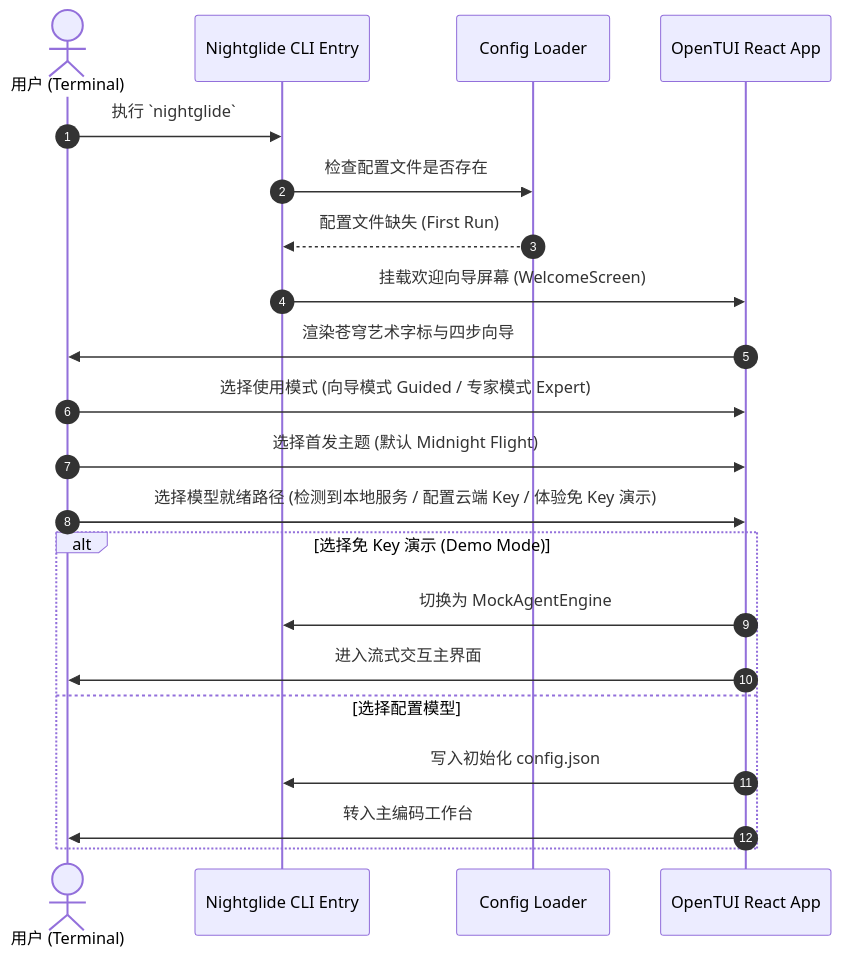
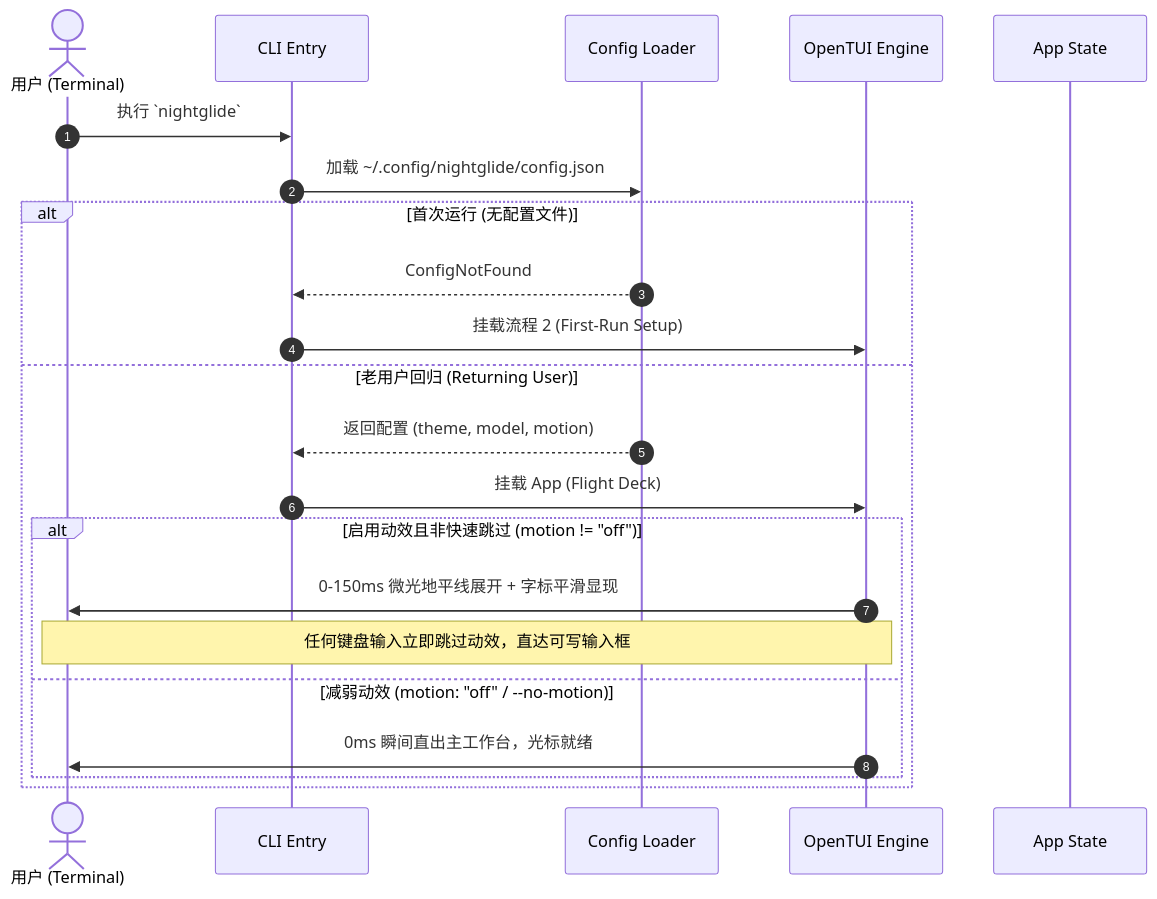
The first of 2 diagrams in docs/UX_FLOWS.md (Aoody743/nightglide-cli), drawn with Mermaid before and after one commit. The commit also changed other lines of this file and 6 other files, not shown here.

Commit message:
docs: establish Nightglide experience and motion design system

````diff
--- a/docs/UX_FLOWS.md
+++ b/docs/UX_FLOWS.md
@@ -32,24 +33,25 @@
 ```mermaid
 sequenceDiagram
     autonumber
     actor User as 用户 (Terminal)
-    participant CLI as Nightglide CLI Entry
-    participant Config as Config Loader
-    participant UI as OpenTUI React App
+    participant CLI as CLI Entry
+    participant Cfg as Config Loader
+    participant UI as OpenTUI Engine
+    participant State as App State
 
     User->>CLI: 执行 `nightglide`
-    CLI->>Config: 检查配置文件是否存在
-    Config-->>CLI: 配置文件缺失 (First Run)
-    CLI->>UI: 挂载欢迎向导屏幕 (WelcomeScreen)
-    UI->>User: 渲染苍穹艺术字标与四步向导
-    User->>UI: 选择使用模式 (向导模式 Guided / 专家模式 Expert)
-    User->>UI: 选择首发主题 (默认 Midnight Flight)
-    User->>UI: 选择模型就绪路径 (检测到本地服务 / 配置云端 Key / 体验免 Key 演示)
-    alt 选择免 Key 演示 (Demo Mode)
-        UI->>CLI: 切换为 MockAgentEngine
-        UI->>User: 进入流式交互主界面
-    else 选择配置模型
-        UI->>CLI: 写入初始化 config.json
-        UI->>User: 转入主编码工作台
+    CLI->>Cfg: 加载 ~/.config/nightglide/config.json
+    alt 首次运行 (无配置文件)
+        Cfg-->>CLI: ConfigNotFound
+        CLI->>UI: 挂载流程 2 (First-Run Setup)
+    else 老用户回归 (Returning User)
+        Cfg-->>CLI: 返回配置 (theme, model, motion)
+        CLI->>UI: 挂载 App (Flight Deck)
+        alt 启用动效且非快速跳过 (motion != "off")
+            UI->>User: 0-150ms 微光地平线展开 + 字标平滑显现
+            Note over User,UI: 任何键盘输入立即跳过动效，直达可写输入框
+        else 减弱动效 (motion: "off" / --no-motion)
+            UI->>User: 0ms 瞬间直出主工作台，光标就绪
+        end
     end
 ```
````
